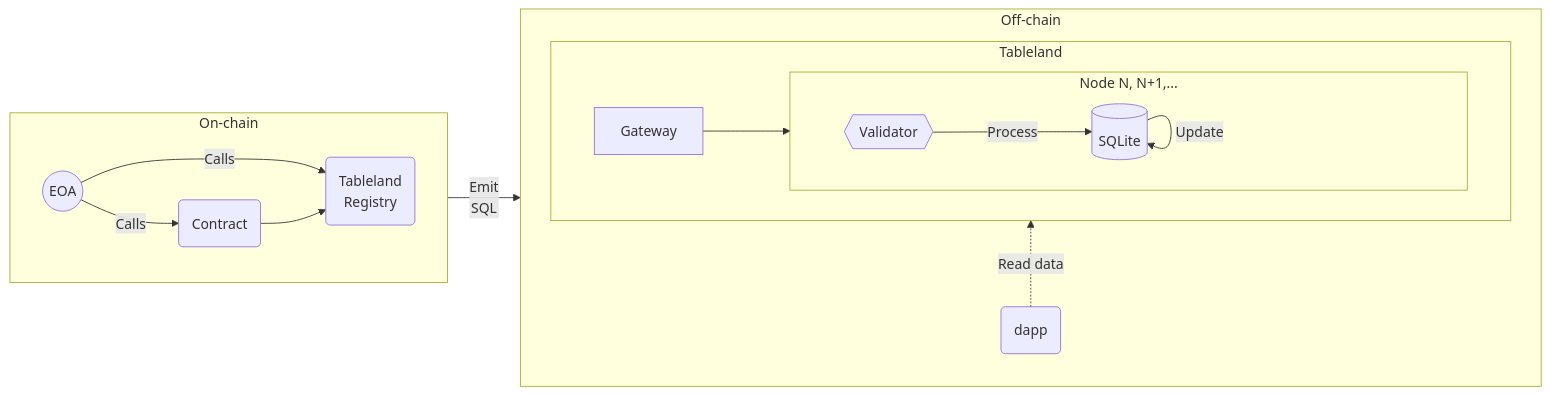
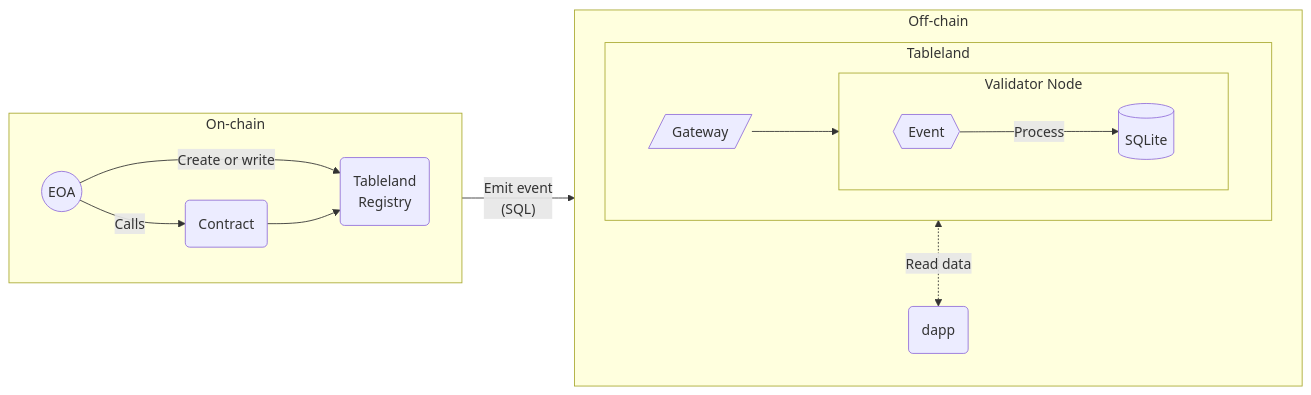
One commit to tablelandnetwork/docs changed the second of 2 diagrams in docs/contribute/guidelines.md. Above: the diagram before and after it, drawn with Mermaid. The commit also changed other lines of this file and 137 other files, not shown here.

````diff
--- a/docs/contribute/guidelines.md
+++ b/docs/contribute/guidelines.md
@@ -385,29 +441,28 @@
 ```mermaid
 flowchart LR
 
 subgraph chain[On-chain]
 direction LR
-  A((EOA)) -- Calls --> B(Tableland\n Registry)
+  A((EOA)) -- Create or write --> B(Tableland\n Registry\n)
   A -- Calls --> C(Contract)
   C --> B
 end
 
 subgraph offchain[Off-chain]
 direction BT
   subgraph tbl[Tableland]
   direction LR
-    subgraph node[Node N, N+1,...]
+    subgraph node[Validator Node]
     direction LR
-      E --Update--> E
-      D{{Validator}} --Process--> E[(SQLite)]
+      D{{Event}} --Process--> E[(SQLite)]
     end
-    F[Gateway]
+    F[/Gateway/]
   end
 
   G(dapp)
-  G-.Read data .->F --> node
+  G<-.Read data .->F --> node
 end
 
-chain--Emit\n SQL -->offchain
+chain--"Emit event\n (SQL)" -->offchain
 
 ```
````
